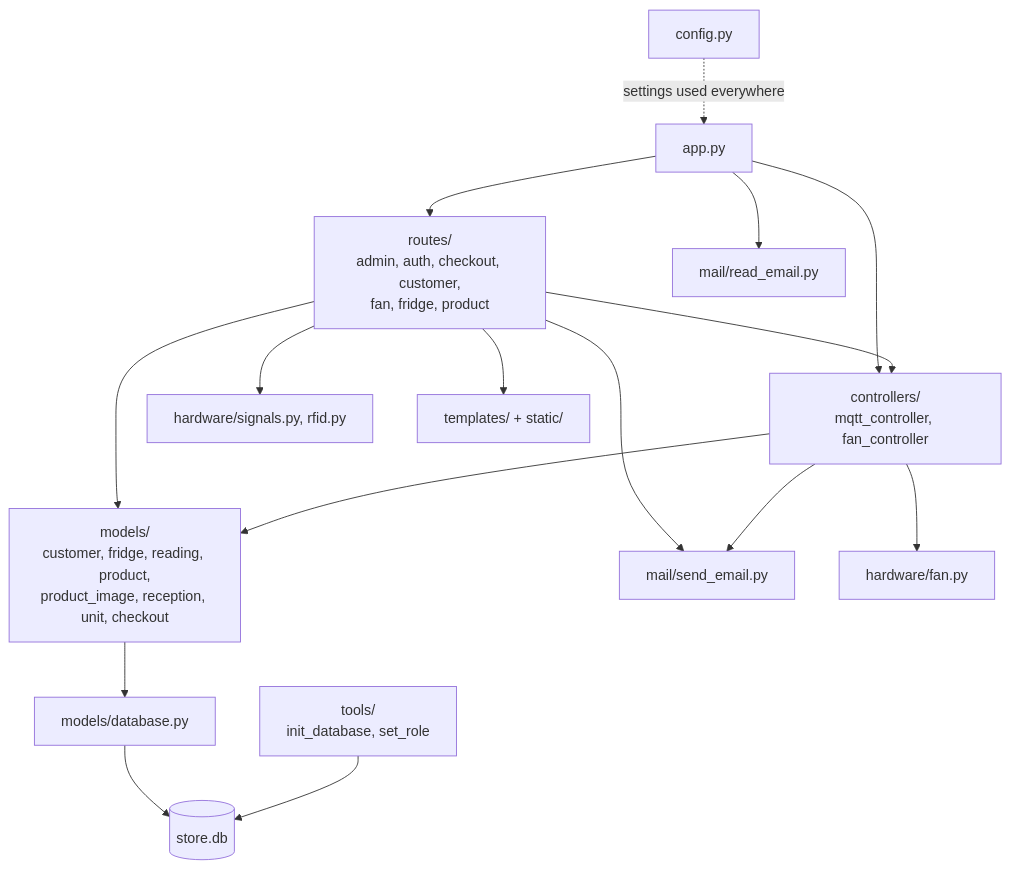
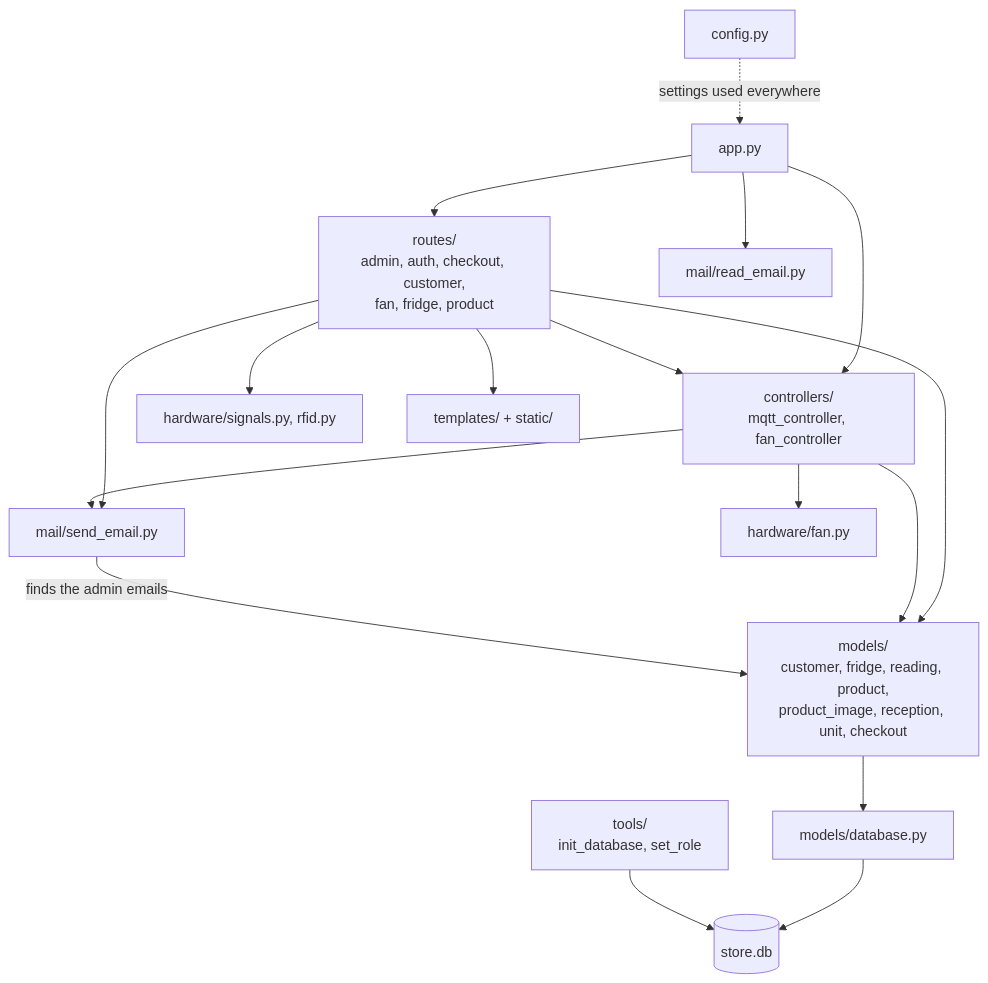
Before and after one commit to gvogas/IoT: the second of 7 diagrams in docs/architecture.md, drawn with Mermaid. The commit also changed other lines of this file and 13 other files, not shown here.

````diff
--- a/docs/architecture.md
+++ b/docs/architecture.md
@@ -79,22 +79,23 @@
 ```mermaid
 flowchart TD
     app["app.py"] --> routes
     app --> controllers
     app --> mail_read["mail/read_email.py"]
 
     routes["routes/<br/>admin, auth, checkout, customer,<br/>fan, fridge, product"] --> models
     routes --> controllers
     routes --> signals["hardware/signals.py, rfid.py"]
     routes --> mail_send
     routes --> templates["templates/ + static/"]
 
     controllers["controllers/<br/>mqtt_controller, fan_controller"] --> models
     controllers --> fan["hardware/fan.py"]
     controllers --> mail_send["mail/send_email.py"]
+    mail_send -->|"finds the admin emails"| models
 
     models["models/<br/>customer, fridge, reading, product,<br/>product_image, reception, unit, checkout"] --> database["models/database.py"]
     database --> db[("store.db")]
 
     tools["tools/<br/>init_database, set_role"] --> db
     config["config.py"] -.->|"settings used everywhere"| app
 ```
````
